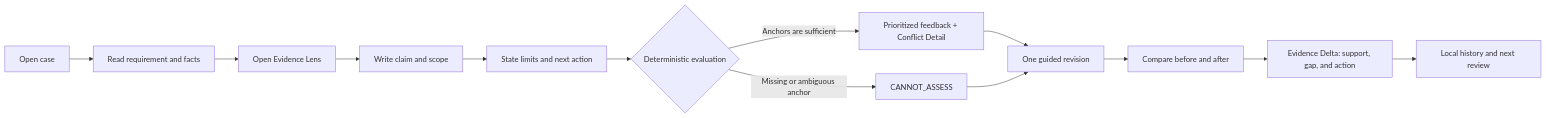
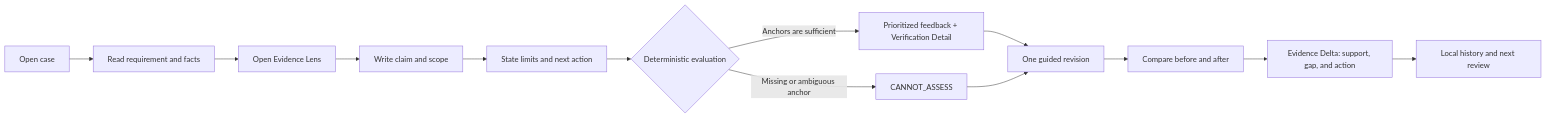
The first of 3 diagrams in README.md (AndroLay/evidrilo), drawn with Mermaid before and after one commit. The commit also changed other lines of this file and 71 other files, not shown here.

Commit message:
feat: complete mobile account flow and release safeguards

```diff
--- a/README.md
+++ b/README.md
@@ -71,15 +70,15 @@
 ~~~mermaid
 flowchart LR
     A[Open case] --> B[Read requirement and facts]
     B --> C[Open Evidence Lens]
     C --> D[Write claim and scope]
     D --> E[State limits and next action]
     E --> F{Deterministic evaluation}
-    F -->|Anchors are sufficient| G[Prioritized feedback + Conflict Detail]
+    F -->|Anchors are sufficient| G[Prioritized feedback + Verification Detail]
     F -->|Missing or ambiguous anchor| H[CANNOT_ASSESS]
     G --> I[One guided revision]
     H --> I
     I --> J[Compare before and after]
     J --> K[Evidence Delta: support, gap, and action]
     K --> L[Local history and next review]
 ~~~
```
